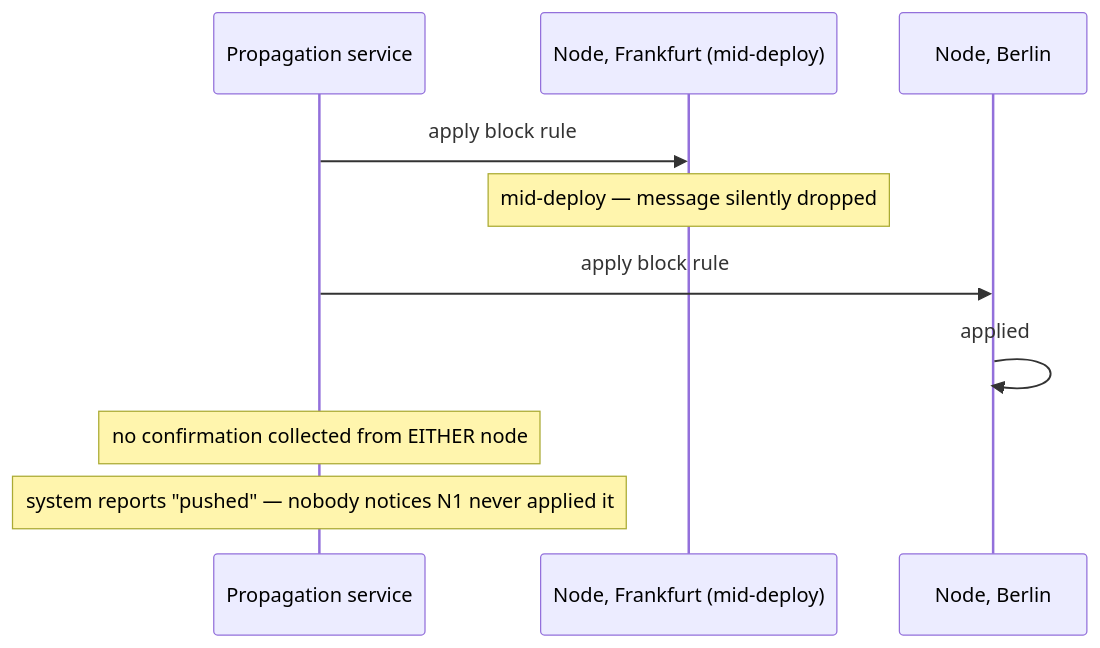
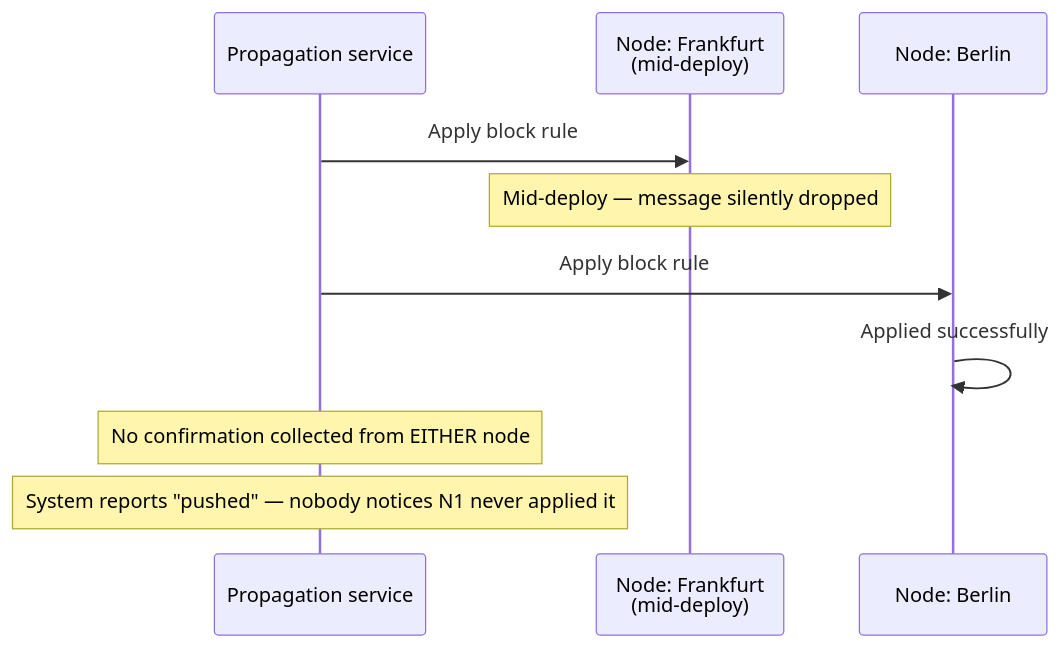
Before and after one commit to riyaz-pasha/Learnings: the fourth of 13 diagrams in system-design/HLD/0-course/48-Legal-Takedown-Propagation-System-FAANG-Guide-story.md, drawn with Mermaid. The commit also changed other lines of this file and 1 other file, not shown here.

Commit message:
[REWRITE] Legal Takedown Propagation story guide: simplify prose, add structure, fix diagrams

````diff
--- a/system-design/HLD/0-course/48-Legal-Takedown-Propagation-System-FAANG-Guide-story.md
+++ b/system-design/HLD/0-course/48-Legal-Takedown-Propagation-System-FAANG-Guide-story.md
@@ -92,13 +212,13 @@
 ```mermaid
 sequenceDiagram
     participant Prop as Propagation service
-    participant N1 as Node, Frankfurt (mid-deploy)
-    participant N2 as Node, Berlin
+    participant N1 as Node: Frankfurt<br/>(mid-deploy)
+    participant N2 as Node: Berlin
 
-    Prop->>N1: apply block rule
-    Note over N1: mid-deploy — message silently dropped
-    Prop->>N2: apply block rule
-    N2->>N2: applied
-    Note over Prop: no confirmation collected from EITHER node
-    Note over Prop: system reports "pushed" — nobody notices N1 never applied it
+    Prop->>N1: Apply block rule
+    Note over N1: Mid-deploy — message silently dropped
+    Prop->>N2: Apply block rule
+    N2->>N2: Applied successfully
+    Note over Prop: No confirmation collected from EITHER node
+    Note over Prop: System reports "pushed" — nobody notices N1 never applied it
 ```
````
